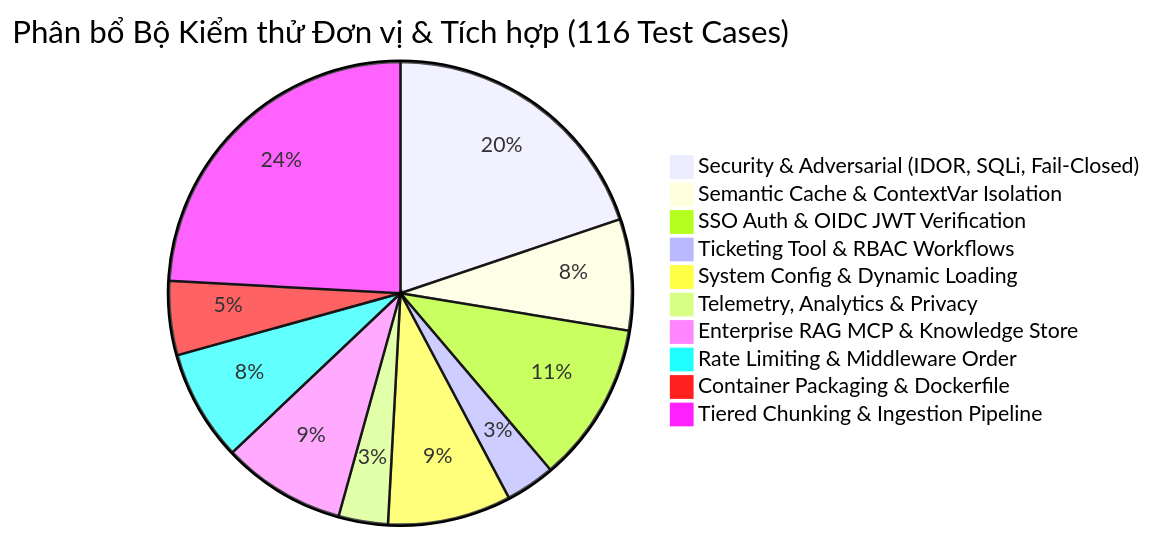
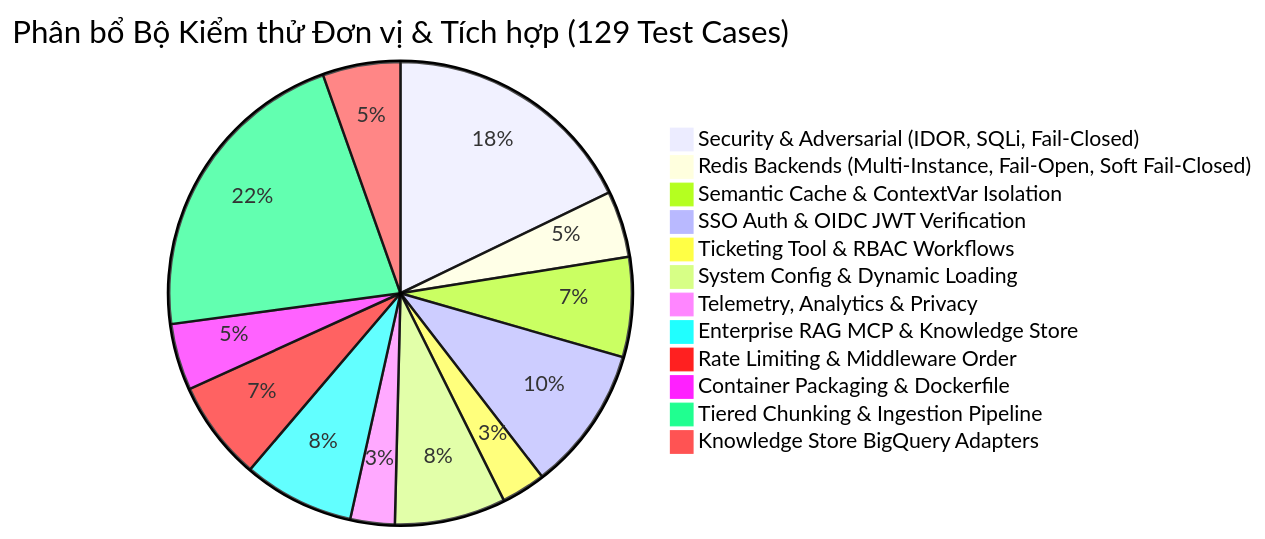
The seventh of 7 diagrams in Technical_Specification.md (TrongDucLuu/enterprise-multi-agent-platform), drawn with Mermaid before and after one commit. The commit also changed other lines of this file and 23 other files, not shown here.

Commit message:
update scaleability with Redis and bigquery schema

````diff
--- a/Technical_Specification.md
+++ b/Technical_Specification.md
@@ -572,13 +601,15 @@
 ```mermaid
-pie title Phân bổ Bộ Kiểm thử Đơn vị & Tích hợp (116 Test Cases)
+pie title Phân bổ Bộ Kiểm thử Đơn vị & Tích hợp (129 Test Cases)
     "Security & Adversarial (IDOR, SQLi, Fail-Closed)" : 23
+    "Redis Backends (Multi-Instance, Fail-Open, Soft Fail-Closed)" : 6
     "Semantic Cache & ContextVar Isolation" : 9
     "SSO Auth & OIDC JWT Verification" : 13
     "Ticketing Tool & RBAC Workflows" : 4
     "System Config & Dynamic Loading" : 10
     "Telemetry, Analytics & Privacy" : 4
     "Enterprise RAG MCP & Knowledge Store" : 10
     "Rate Limiting & Middleware Order" : 9
     "Container Packaging & Dockerfile" : 6
     "Tiered Chunking & Ingestion Pipeline" : 28
+    "Knowledge Store BigQuery Adapters" : 7
 ```
````
